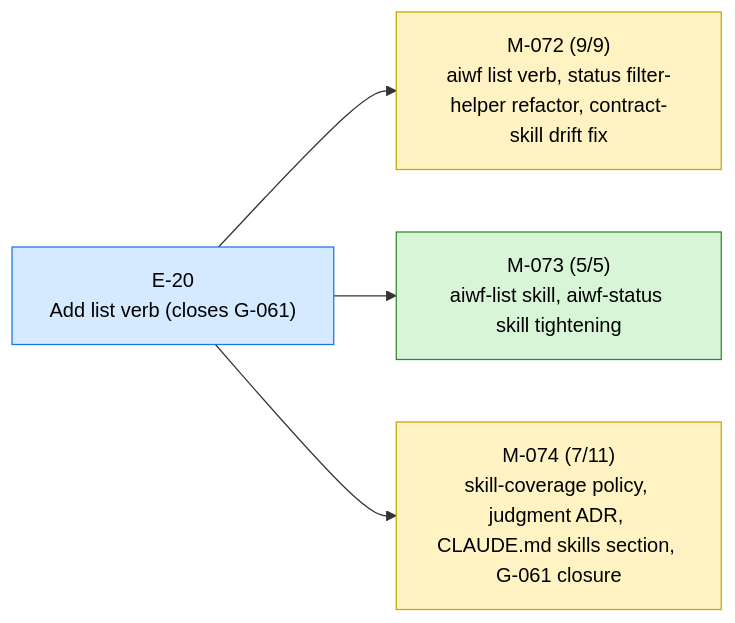
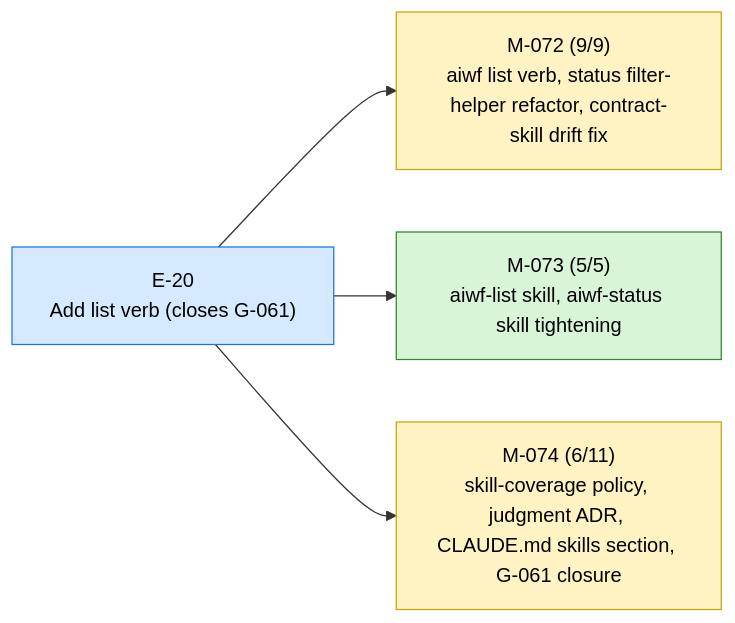
Before and after one commit to 23min/aiwf: the first of 2 diagrams in STATUS.md, drawn with Mermaid. The commit also changed other lines of this file and 1 other file, not shown here.

````diff
--- a/STATUS.md
+++ b/STATUS.md
@@ -13,16 +13,16 @@
 ```mermaid
 flowchart LR
   E_20["E-20<br/>Add list verb (closes G-061)"]:::epic_active
   M_072["M-072 (9/9)<br/>aiwf list verb, status filter-helper refactor, contract-skill drift fix"]:::ms_in_progress
   E_20 --> M_072
   M_073["M-073 (5/5)<br/>aiwf-list skill, aiwf-status skill tightening"]:::ms_done
   E_20 --> M_073
-  M_074["M-074 (7/11)<br/>skill-coverage policy, judgment ADR, CLAUDE.md skills section, G-061 closure"]:::ms_in_progress
+  M_074["M-074 (6/11)<br/>skill-coverage policy, judgment ADR, CLAUDE.md skills section, G-061 closure"]:::ms_in_progress
   E_20 --> M_074
   classDef epic_active fill:#d6eaff,stroke:#1a73e8,color:#000
   classDef epic_proposed fill:#f4f4f4,stroke:#888,color:#000
   classDef ms_done fill:#d8f5d8,stroke:#2a8a2a,color:#000
   classDef ms_in_progress fill:#fff3c4,stroke:#caa400,color:#000
   classDef ms_draft fill:#f4f4f4,stroke:#888,color:#000
   classDef ms_cancelled fill:#fbeaea,stroke:#c33,color:#000
 ```
````
